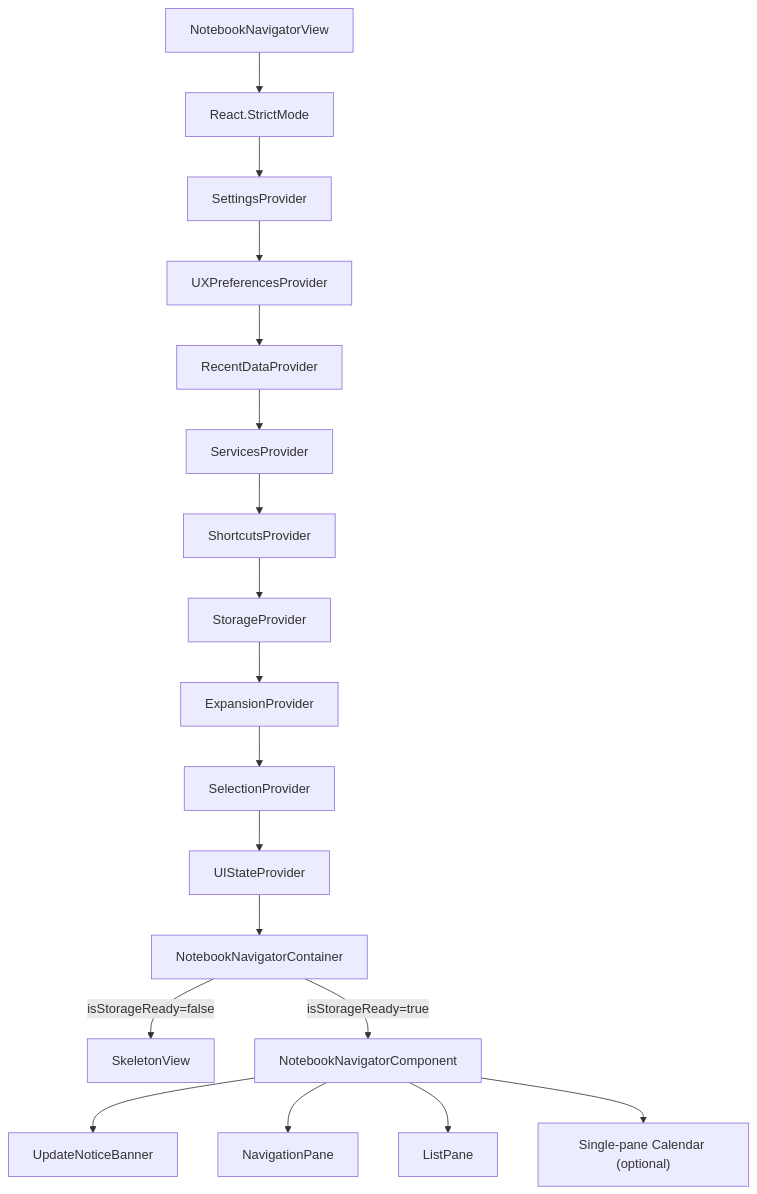
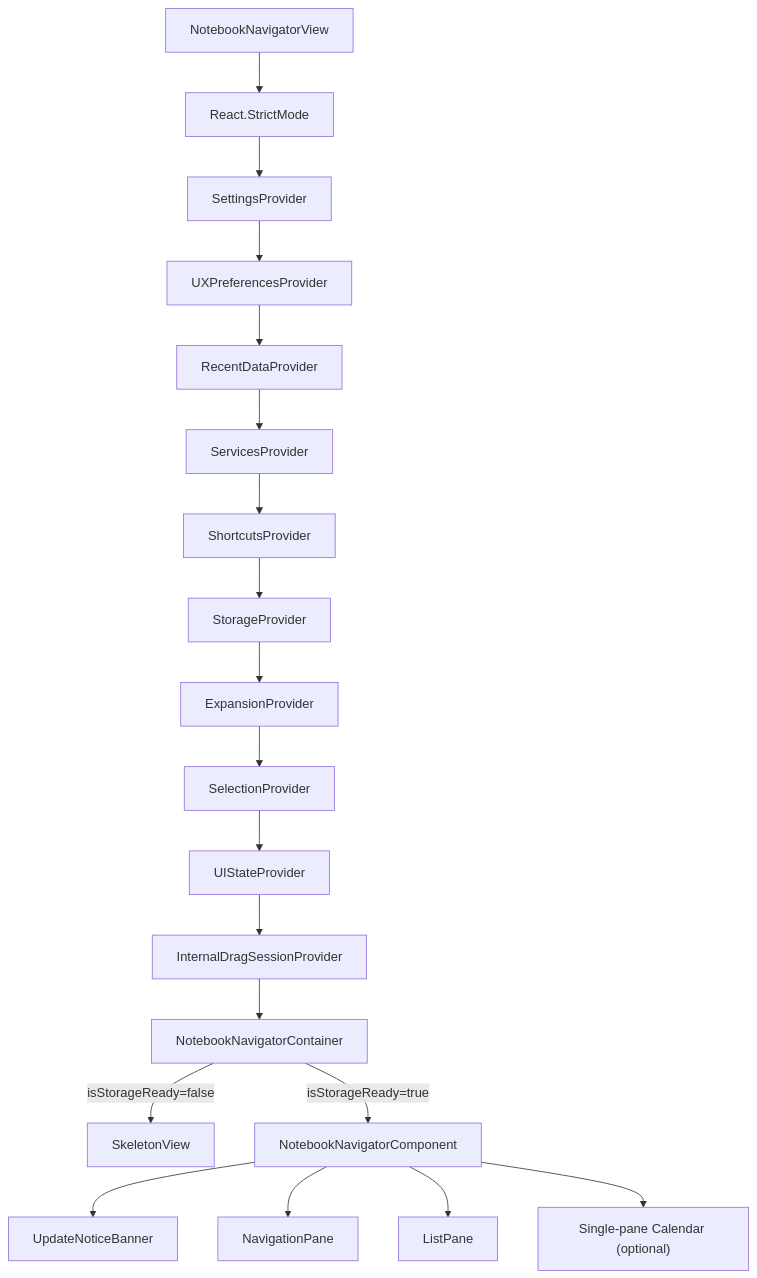
One commit to sigma7863/notebook-navigator changed the first of 7 diagrams in docs/rendering-architecture.md. Above: the diagram before and after it, drawn with Mermaid. The commit also changed other lines of this file and 5 other files, not shown here.

````diff
--- a/docs/rendering-architecture.md
+++ b/docs/rendering-architecture.md
@@ -116,13 +117,13 @@
 ```mermaid
 graph TD
     OV["NotebookNavigatorView"] --> SM["React.StrictMode"] --> SP["SettingsProvider"] --> UX["UXPreferencesProvider"] --> RD["RecentDataProvider"];
     RD --> SVC["ServicesProvider"] --> SHC["ShortcutsProvider"] --> ST["StorageProvider"] --> EP["ExpansionProvider"] --> SEL["SelectionProvider"];
-    SEL --> UI["UIStateProvider"] --> NC["NotebookNavigatorContainer"];
+    SEL --> UI["UIStateProvider"] --> IDS["InternalDragSessionProvider"] --> NC["NotebookNavigatorContainer"];
 
     NC -->|isStorageReady=false| SK["SkeletonView"];
     NC -->|isStorageReady=true| NNC["NotebookNavigatorComponent"];
     NNC --> UNB["UpdateNoticeBanner"];
     NNC --> NPR["NavigationPane"];
     NNC --> LPR["ListPane"];
     NNC --> SPC["Single-pane Calendar (optional)"];
 ```
````
